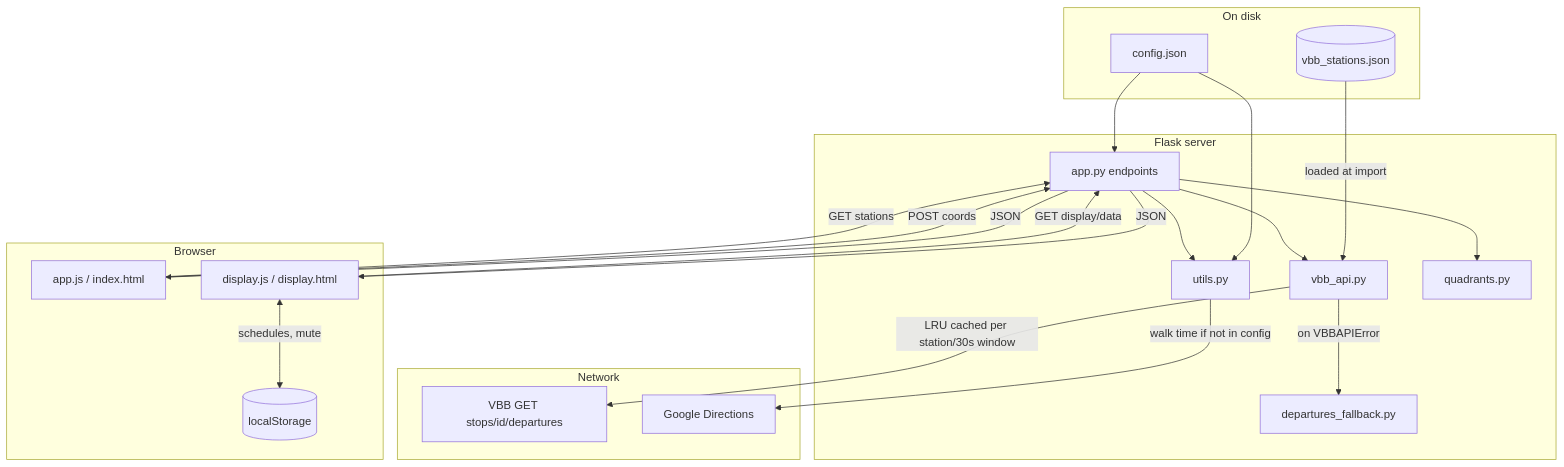
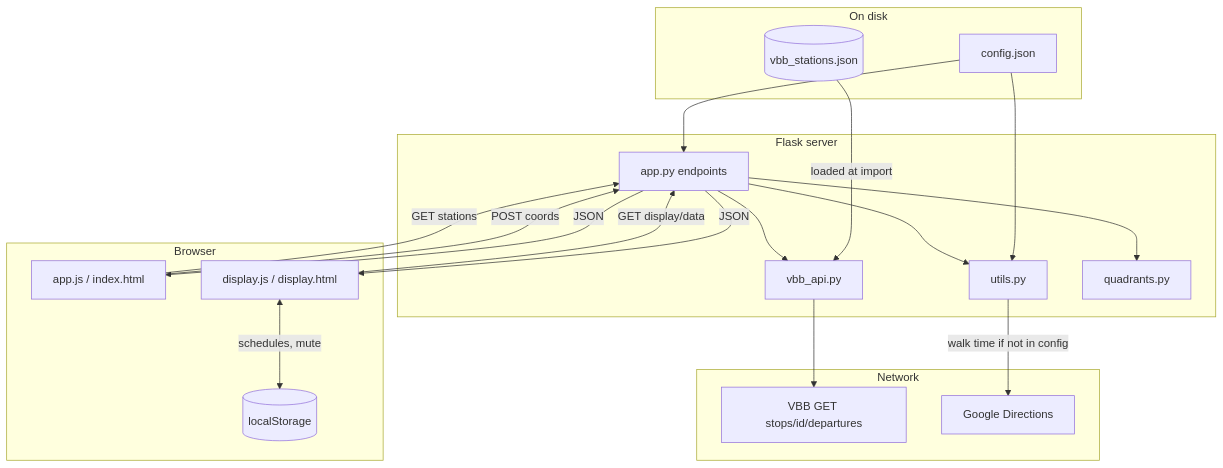
Before and after one commit to momonala/trainspotter: the second of 5 diagrams in README.md, drawn with Mermaid. The commit also changed other lines of this file and 9 other files, not shown here.

First line of the commit message:
refactor(vbb)!: drop departures cache and stale fallback

````diff
--- a/README.md
+++ b/README.md
@@ -70,42 +69,40 @@
 ```mermaid
 flowchart TB
   subgraph disk [On disk]
     Config[config.json]
     Snapshot[(vbb_stations.json)]
   end
 
   subgraph server [Flask server]
     Api[app.py endpoints]
     VbbMod[vbb_api.py]
     Utils[utils.py]
     Quadrants[quadrants.py]
-    Fallback[departures_fallback.py]
   end
 
   subgraph external [Network]
     VBBdep[VBB GET stops/id/departures]
     GMaps[Google Directions]
   end
 
   subgraph client [Browser]
     Dashboard[app.js / index.html]
     Display[display.js / display.html]
     LocalStore[(localStorage)]
   end
 
   Config --> Api
   Config --> Utils
   Snapshot -->|loaded at import| VbbMod
   Dashboard -->|POST coords| Api
   Dashboard -->|GET stations| Api
   Display -->|GET display/data| Api
   Display <-->|schedules, mute| LocalStore
   Api --> VbbMod
   Api --> Utils
   Api --> Quadrants
-  VbbMod -->|LRU cached per station/30s window| VBBdep
-  VbbMod -->|on VBBAPIError| Fallback
+  VbbMod --> VBBdep
   Utils -->|walk time if not in config| GMaps
   Api -->|JSON| Dashboard
   Api -->|JSON| Display
 ```
````
